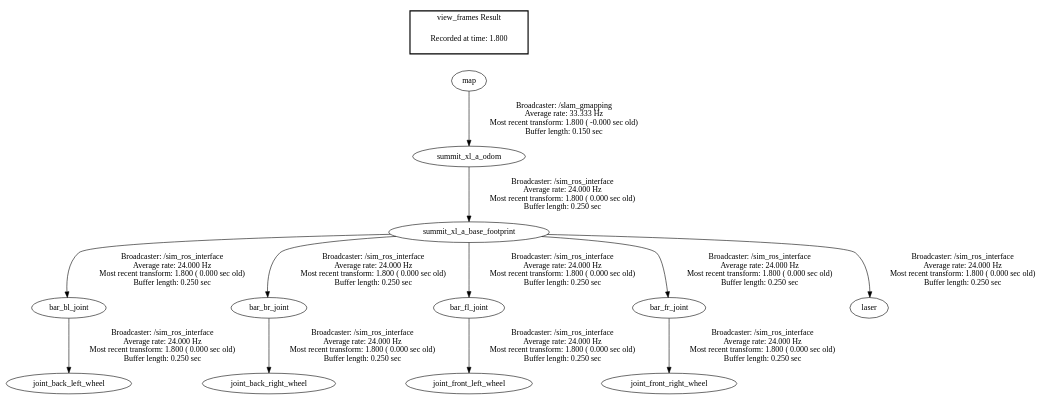
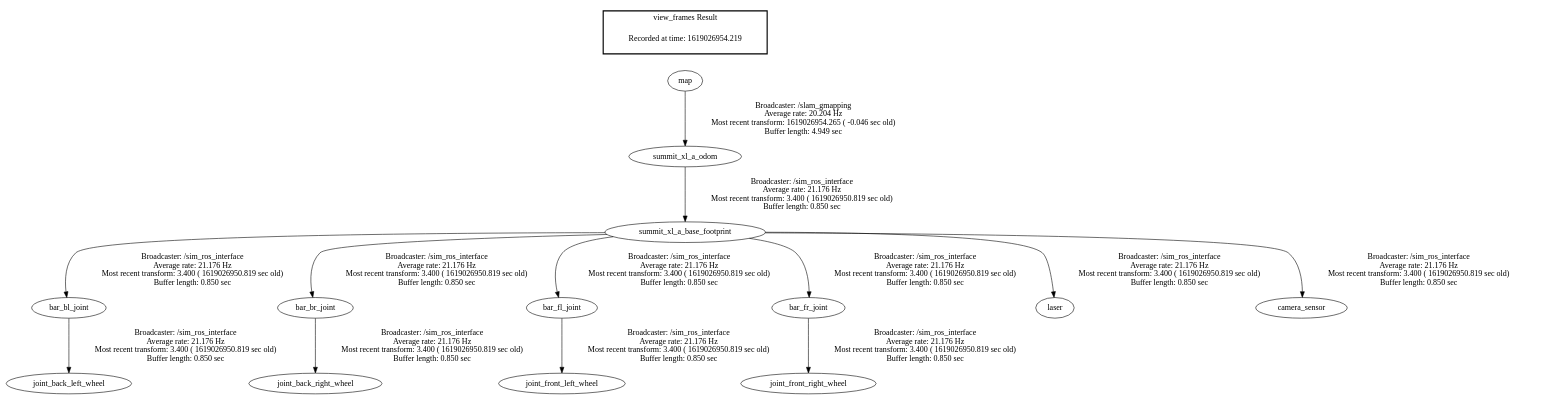
Before and after one commit to ozzwozz/PROJ324: the diagram in frames.gv, drawn with Graphviz. The commit also changed 17 other files, not shown here.

```diff
--- a/frames.gv
+++ b/frames.gv
@@ -1,17 +1,18 @@
 digraph G {
-"summit_xl_a_odom" -> "summit_xl_a_base_footprint"[label="Broadcaster: /sim_ros_interface\nAverage rate: 24.000 Hz\nMost recent transform: 1.800 ( 0.000 sec old)\nBuffer length: 0.250 sec\n"];
-"map" -> "summit_xl_a_odom"[label="Broadcaster: /slam_gmapping\nAverage rate: 33.333 Hz\nMost recent transform: 1.800 ( -0.000 sec old)\nBuffer length: 0.150 sec\n"];
-"summit_xl_a_base_footprint" -> "bar_bl_joint"[label="Broadcaster: /sim_ros_interface\nAverage rate: 24.000 Hz\nMost recent transform: 1.800 ( 0.000 sec old)\nBuffer length: 0.250 sec\n"];
-"summit_xl_a_base_footprint" -> "bar_br_joint"[label="Broadcaster: /sim_ros_interface\nAverage rate: 24.000 Hz\nMost recent transform: 1.800 ( 0.000 sec old)\nBuffer length: 0.250 sec\n"];
-"summit_xl_a_base_footprint" -> "bar_fl_joint"[label="Broadcaster: /sim_ros_interface\nAverage rate: 24.000 Hz\nMost recent transform: 1.800 ( 0.000 sec old)\nBuffer length: 0.250 sec\n"];
-"summit_xl_a_base_footprint" -> "bar_fr_joint"[label="Broadcaster: /sim_ros_interface\nAverage rate: 24.000 Hz\nMost recent transform: 1.800 ( 0.000 sec old)\nBuffer length: 0.250 sec\n"];
-"summit_xl_a_base_footprint" -> "laser"[label="Broadcaster: /sim_ros_interface\nAverage rate: 24.000 Hz\nMost recent transform: 1.800 ( 0.000 sec old)\nBuffer length: 0.250 sec\n"];
-"bar_bl_joint" -> "joint_back_left_wheel"[label="Broadcaster: /sim_ros_interface\nAverage rate: 24.000 Hz\nMost recent transform: 1.800 ( 0.000 sec old)\nBuffer length: 0.250 sec\n"];
-"bar_br_joint" -> "joint_back_right_wheel"[label="Broadcaster: /sim_ros_interface\nAverage rate: 24.000 Hz\nMost recent transform: 1.800 ( 0.000 sec old)\nBuffer length: 0.250 sec\n"];
-"bar_fl_joint" -> "joint_front_left_wheel"[label="Broadcaster: /sim_ros_interface\nAverage rate: 24.000 Hz\nMost recent transform: 1.800 ( 0.000 sec old)\nBuffer length: 0.250 sec\n"];
-"bar_fr_joint" -> "joint_front_right_wheel"[label="Broadcaster: /sim_ros_interface\nAverage rate: 24.000 Hz\nMost recent transform: 1.800 ( 0.000 sec old)\nBuffer length: 0.250 sec\n"];
+"map" -> "summit_xl_a_odom"[label="Broadcaster: /slam_gmapping\nAverage rate: 20.204 Hz\nMost recent transform: 1619026954.265 ( -0.046 sec old)\nBuffer length: 4.949 sec\n"];
+"summit_xl_a_odom" -> "summit_xl_a_base_footprint"[label="Broadcaster: /sim_ros_interface\nAverage rate: 21.176 Hz\nMost recent transform: 3.400 ( 1619026950.819 sec old)\nBuffer length: 0.850 sec\n"];
+"summit_xl_a_base_footprint" -> "bar_bl_joint"[label="Broadcaster: /sim_ros_interface\nAverage rate: 21.176 Hz\nMost recent transform: 3.400 ( 1619026950.819 sec old)\nBuffer length: 0.850 sec\n"];
+"summit_xl_a_base_footprint" -> "bar_br_joint"[label="Broadcaster: /sim_ros_interface\nAverage rate: 21.176 Hz\nMost recent transform: 3.400 ( 1619026950.819 sec old)\nBuffer length: 0.850 sec\n"];
+"summit_xl_a_base_footprint" -> "bar_fl_joint"[label="Broadcaster: /sim_ros_interface\nAverage rate: 21.176 Hz\nMost recent transform: 3.400 ( 1619026950.819 sec old)\nBuffer length: 0.850 sec\n"];
+"summit_xl_a_base_footprint" -> "bar_fr_joint"[label="Broadcaster: /sim_ros_interface\nAverage rate: 21.176 Hz\nMost recent transform: 3.400 ( 1619026950.819 sec old)\nBuffer length: 0.850 sec\n"];
+"summit_xl_a_base_footprint" -> "laser"[label="Broadcaster: /sim_ros_interface\nAverage rate: 21.176 Hz\nMost recent transform: 3.400 ( 1619026950.819 sec old)\nBuffer length: 0.850 sec\n"];
+"summit_xl_a_base_footprint" -> "camera_sensor"[label="Broadcaster: /sim_ros_interface\nAverage rate: 21.176 Hz\nMost recent transform: 3.400 ( 1619026950.819 sec old)\nBuffer length: 0.850 sec\n"];
+"bar_bl_joint" -> "joint_back_left_wheel"[label="Broadcaster: /sim_ros_interface\nAverage rate: 21.176 Hz\nMost recent transform: 3.400 ( 1619026950.819 sec old)\nBuffer length: 0.850 sec\n"];
+"bar_br_joint" -> "joint_back_right_wheel"[label="Broadcaster: /sim_ros_interface\nAverage rate: 21.176 Hz\nMost recent transform: 3.400 ( 1619026950.819 sec old)\nBuffer length: 0.850 sec\n"];
+"bar_fl_joint" -> "joint_front_left_wheel"[label="Broadcaster: /sim_ros_interface\nAverage rate: 21.176 Hz\nMost recent transform: 3.400 ( 1619026950.819 sec old)\nBuffer length: 0.850 sec\n"];
+"bar_fr_joint" -> "joint_front_right_wheel"[label="Broadcaster: /sim_ros_interface\nAverage rate: 21.176 Hz\nMost recent transform: 3.400 ( 1619026950.819 sec old)\nBuffer length: 0.850 sec\n"];
 edge [style=invis];
  subgraph cluster_legend { style=bold; color=black; label ="view_frames Result";
-"Recorded at time: 1.800"[ shape=plaintext ] ;
+"Recorded at time: 1619026954.219"[ shape=plaintext ] ;
  }->"map";
 }
```
